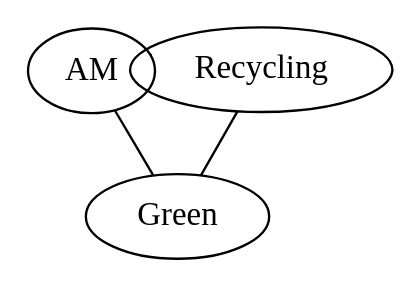
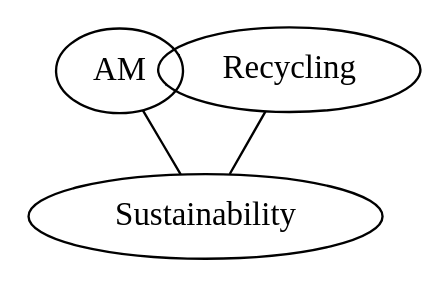
One commit to fabbiocrux/LP-fabadd changed the diagram in slides/01-introduction/index.qmd. Above: the diagram before and after it, drawn with Graphviz. The commit also changed other lines of this file and 192 other files, not shown here.

````diff
--- a/slides/01-introduction/index.qmd
+++ b/slides/01-introduction/index.qmd
@@ -51,9 +76,9 @@
 ```{dot}
 graph G {
   layout=neato
   AM -- Recycling;
-  Recycling -- Green;
+  Sustainability -- Recycling;
   Recycling -- AM;
-  Green -- AM;
+  Sustainability -- AM;
 }
 ```
````
